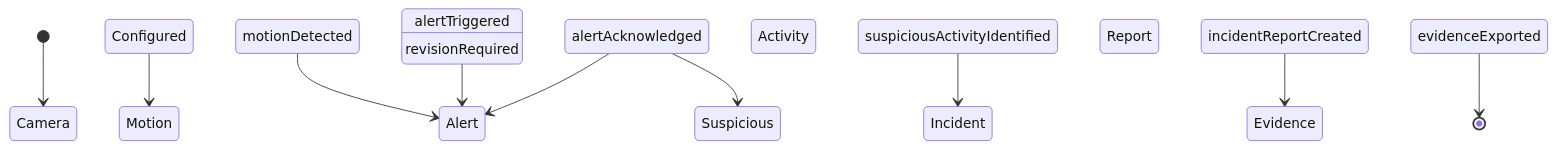
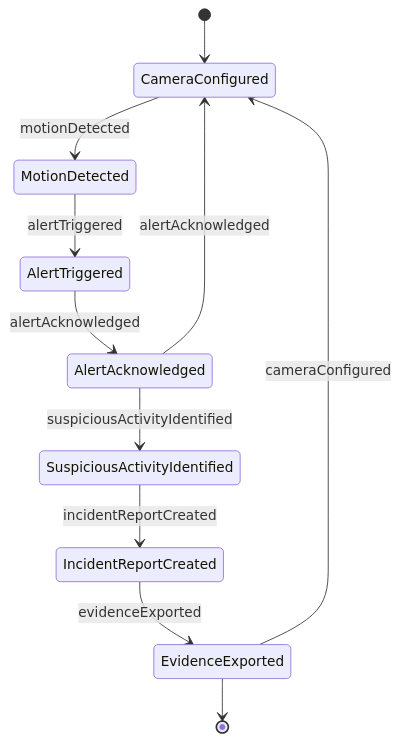
One commit to dot-org-ai/tasks.org.ai changed the second of 4 diagrams in ControllingMachinesAndProcesses/OperateAudiovisualOrRelatedEquipment/OperateSurveillanceEquipmentDetectSuspicious.mdx. Above: the diagram before and after it, drawn with Mermaid. The commit also changed other lines of this file and 515 other files, not shown here.

````diff
--- a/ControllingMachinesAndProcesses/OperateAudiovisualOrRelatedEquipment/OperateSurveillanceEquipmentDetectSuspicious.mdx
+++ b/ControllingMachinesAndProcesses/OperateAudiovisualOrRelatedEquipment/OperateSurveillanceEquipmentDetectSuspicious.mdx
@@ -98,12 +98,13 @@
 ```mermaid
 stateDiagram-v2
-    [*] --> Camera Configured
-    Camera Configured --> Motion Detected : motionDetected
-    Motion Detected --> Alert Triggered : alertTriggered
-    Alert Triggered --> Alert Acknowledged : alertAcknowledged
-    Alert Acknowledged --> Suspicious Activity Identified : suspiciousActivityIdentified
-    Suspicious Activity Identified --> Incident Report Created : incidentReportCreated
-    Incident Report Created --> Evidence Exported : evidenceExported
-    Alert Acknowledged --> Alert Triggered : revisionRequired
-    Evidence Exported --> [*]
+    [*] --> CameraConfigured
+    CameraConfigured --> MotionDetected : motionDetected
+    MotionDetected --> AlertTriggered : alertTriggered
+    AlertTriggered --> AlertAcknowledged : alertAcknowledged
+    AlertAcknowledged --> SuspiciousActivityIdentified : suspiciousActivityIdentified
+    AlertAcknowledged --> CameraConfigured : alertAcknowledged
+    SuspiciousActivityIdentified --> IncidentReportCreated : incidentReportCreated
+    IncidentReportCreated --> EvidenceExported : evidenceExported
+    EvidenceExported --> CameraConfigured : cameraConfigured
+    EvidenceExported --> [*]
 ```
````
